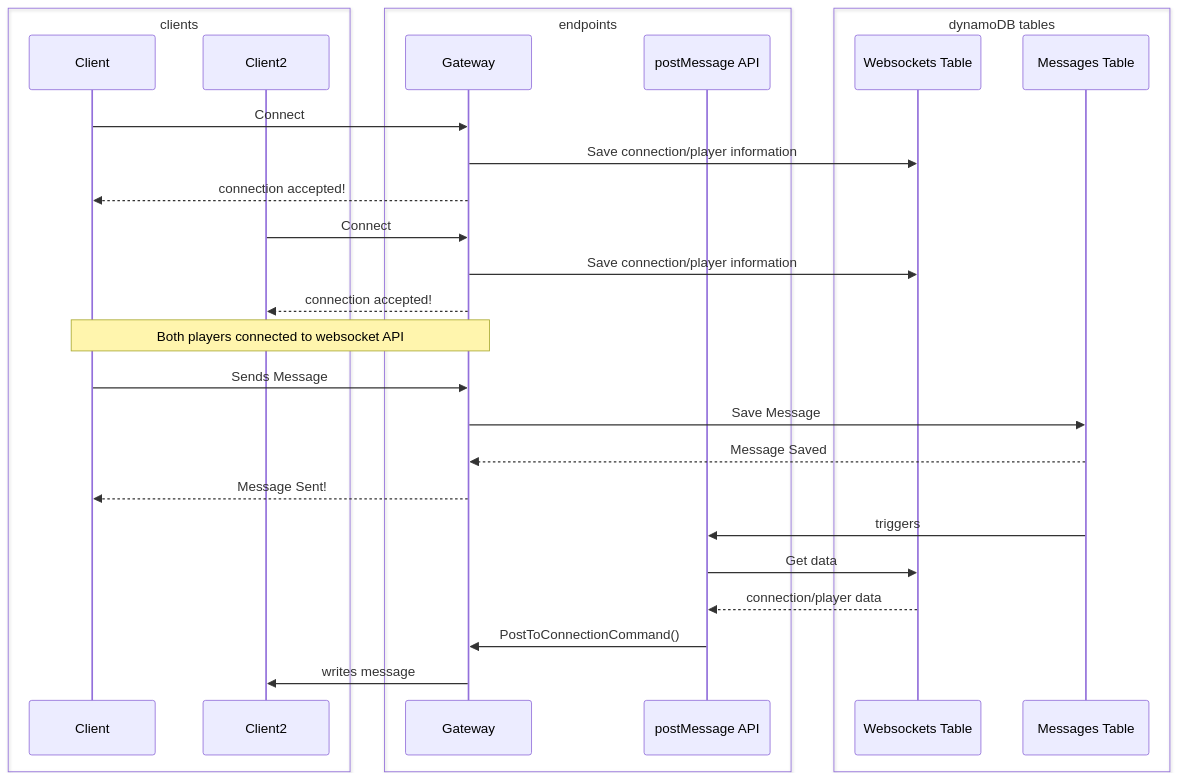
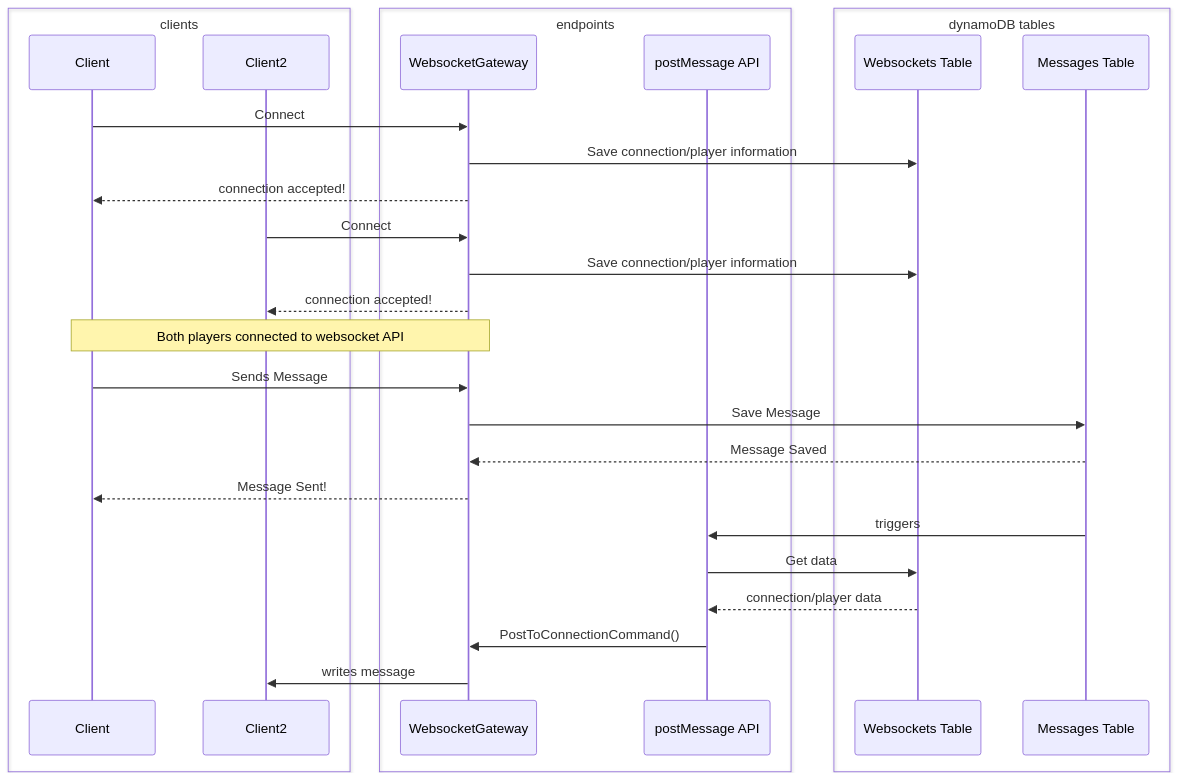
Before and after one commit to felipedamin/serverless-websockets: the diagram in diagrams/SEQUENCEDIAGRAM.md, drawn with Mermaid. The commit also changed 1 other file, not shown here.

````diff
--- a/diagrams/SEQUENCEDIAGRAM.md
+++ b/diagrams/SEQUENCEDIAGRAM.md
@@ -1,36 +1,36 @@
 ``` mermaid
 sequenceDiagram
   box clients
     participant Client
     participant Client2
   end
   box endpoints
-    participant Gateway
+    participant WebsocketGateway
     participant postMessage API
   end
   box dynamoDB tables
     participant Websockets Table
     participant Messages Table
   end
   
-  Client->>Gateway: Connect
-  Gateway->>Websockets Table: Save connection/player information
-  Gateway-->>Client: connection accepted!
+  Client->>WebsocketGateway: Connect
+  WebsocketGateway->>Websockets Table: Save connection/player information
+  WebsocketGateway-->>Client: connection accepted!
   
-  Client2->>Gateway: Connect
-  Gateway->>Websockets Table: Save connection/player information
-  Gateway-->>Client2: connection accepted!
+  Client2->>WebsocketGateway: Connect
+  WebsocketGateway->>Websockets Table: Save connection/player information
+  WebsocketGateway-->>Client2: connection accepted!
 
-  Note over Client,Gateway: Both players connected to websocket API
+  Note over Client,WebsocketGateway: Both players connected to websocket API
 
-  Client->>Gateway: Sends Message
-  Gateway->>Messages Table: Save Message
-  Messages Table-->>Gateway: Message Saved
-  Gateway-->>Client: Message Sent!
+  Client->>WebsocketGateway: Sends Message
+  WebsocketGateway->>Messages Table: Save Message
+  Messages Table-->>WebsocketGateway: Message Saved
+  WebsocketGateway-->>Client: Message Sent!
   Messages Table->>postMessage API: triggers
 
   postMessage API->>Websockets Table: Get data
   Websockets Table-->>postMessage API: connection/player data
-  postMessage API->>Gateway: PostToConnectionCommand()
-  Gateway->>Client2: writes message
+  postMessage API->>WebsocketGateway: PostToConnectionCommand()
+  WebsocketGateway->>Client2: writes message
 ```
````
